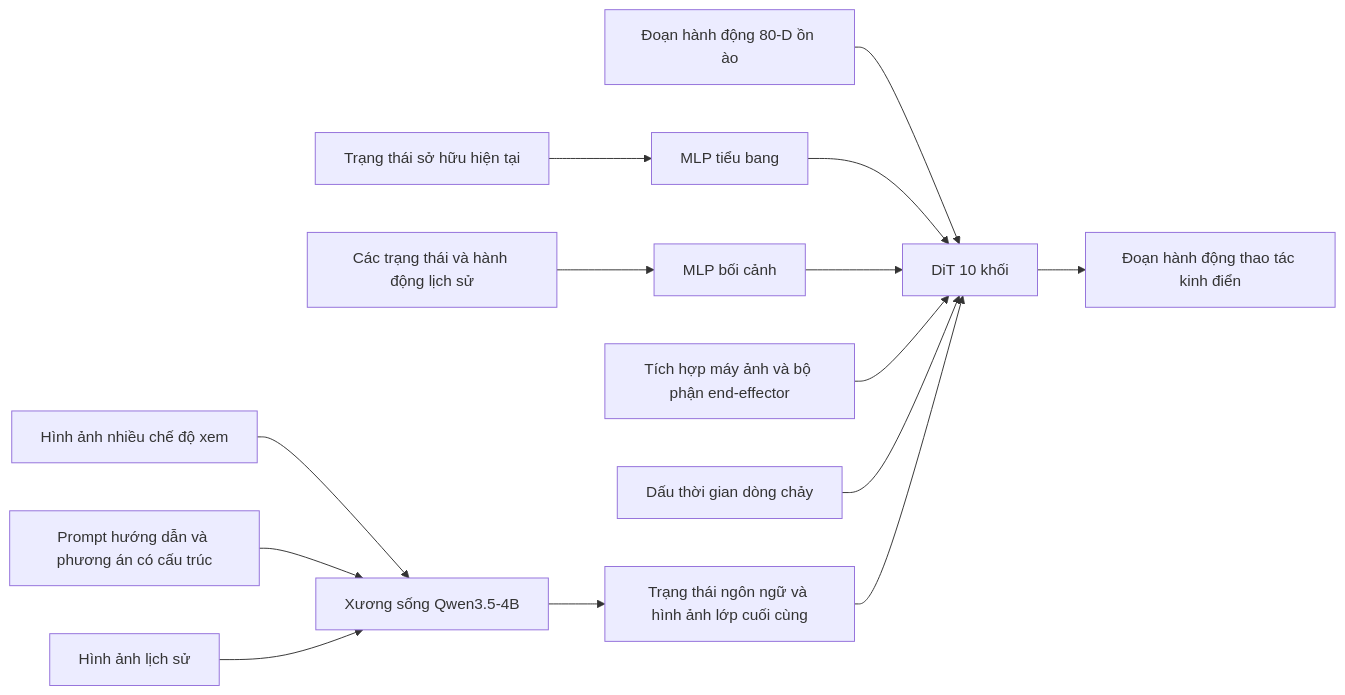
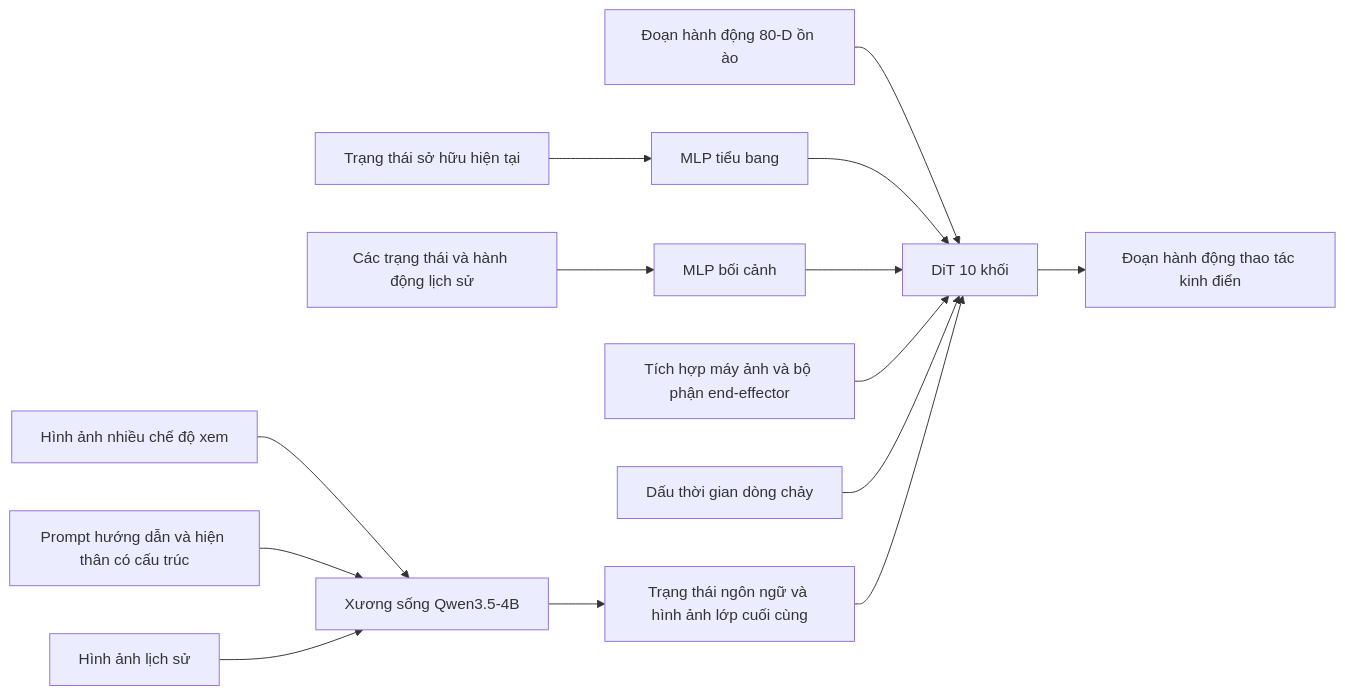
The first of 3 diagrams in docs/research_finding/01-gwen/qwen_models/Qwen-RobotManip/qwen_robotmanip_details.md (cycler04/VinRobotics-VLA), drawn with Mermaid before and after one commit. The commit also changed other lines of this file and 79 other files, not shown here.

````diff
--- a/docs/research_finding/01-gwen/qwen_models/Qwen-RobotManip/qwen_robotmanip_details.md
+++ b/docs/research_finding/01-gwen/qwen_models/Qwen-RobotManip/qwen_robotmanip_details.md
@@ -48,17 +48,17 @@
 ```mermaid
 flowchart LR
     I[Hình ảnh nhiều chế độ xem] --> VLM[Xương sống Qwen3.5-4B]
-    P[Prompt hướng dẫn và phương án có cấu trúc] --> VLM
+    P[Prompt hướng dẫn và hiện thân có cấu trúc] --> VLM
     H[Hình ảnh lịch sử] --> VLM
     VLM --> VH[Trạng thái ngôn ngữ và hình ảnh lớp cuối cùng]
 
     S[Trạng thái sở hữu hiện tại] --> SM[MLP tiểu bang]
     A0[Đoạn hành động 80-D ồn ào] --> DIT[DiT 10 khối]
     SM --> DIT
     C[Các trạng thái và hành động lịch sử] --> CM[MLP bối cảnh]
     CM --> DIT
     E[Tích hợp máy ảnh và bộ phận end-effector] --> DIT
     T[Dấu thời gian dòng chảy] --> DIT
     VH --> DIT
     DIT --> A[Đoạn hành động thao tác kinh điển]
 ```
````
